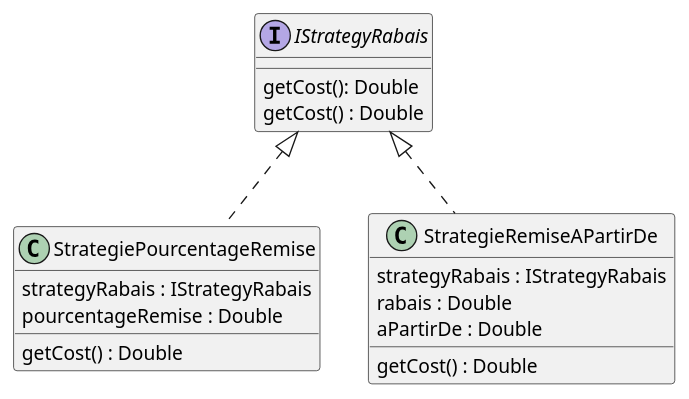
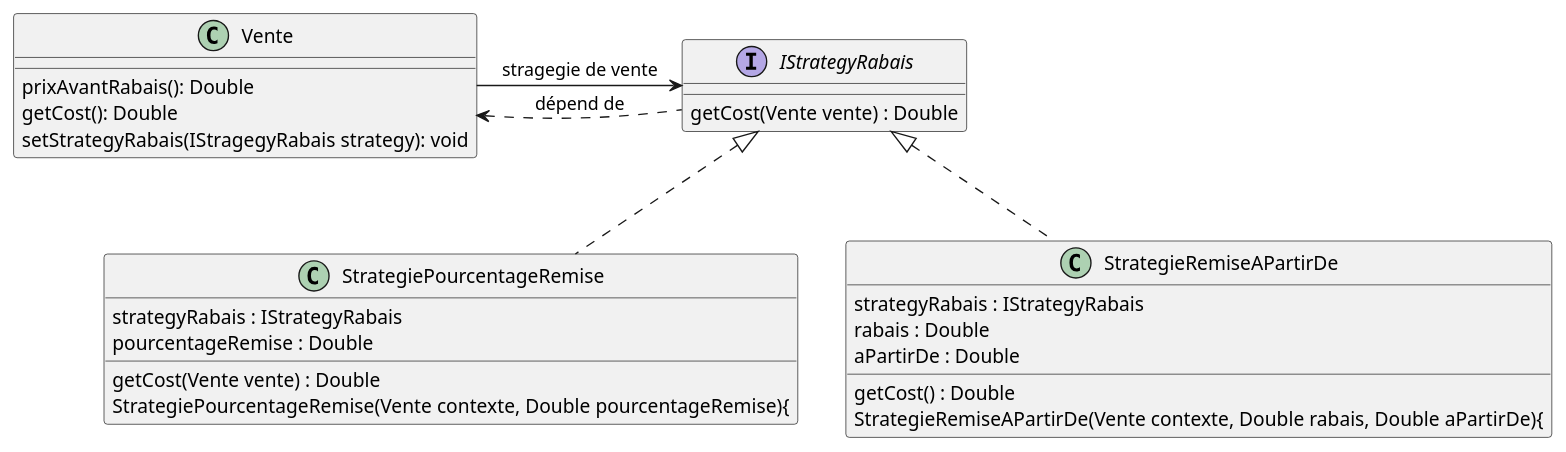
Before and after one commit to yvanross/LOG121-GOF-exemples: the first of 2 diagrams in src/main/java/Strategie/Rabais/README.puml, drawn with PlantUML. The commit also changed 17 other files, not shown here.

```diff
--- a/src/main/java/Strategie/Rabais/README.puml
+++ b/src/main/java/Strategie/Rabais/README.puml
@@ -1,24 +1,31 @@
 @startuml diagamme de classe
+class Vente {
+    prixAvantRabais(): Double
+    getCost(): Double
+    setStrategyRabais(IStragegyRabais strategy): void 
+}
 interface IStrategyRabais{
-    getCost(): Double
-}
-
-interface IStrategyRabais{
-    getCost() : Double
+    getCost(Vente vente) : Double
 }
 class StrategiePourcentageRemise{
    strategyRabais : IStrategyRabais
    pourcentageRemise : Double
-   getCost() : Double
+   getCost(Vente vente) : Double
+    StrategiePourcentageRemise(Vente contexte, Double pourcentageRemise){
+
 }
 class StrategieRemiseAPartirDe{
     strategyRabais : IStrategyRabais
     rabais : Double
     aPartirDe : Double
     getCost() : Double
+    StrategieRemiseAPartirDe(Vente contexte, Double rabais, Double aPartirDe){
+
 }
+
 
 IStrategyRabais <|.. StrategiePourcentageRemise
 IStrategyRabais <|.. StrategieRemiseAPartirDe
-
+Vente -> IStrategyRabais: stragegie de vente
+Vente <.. IStrategyRabais: dépend de 
 @enduml
```
